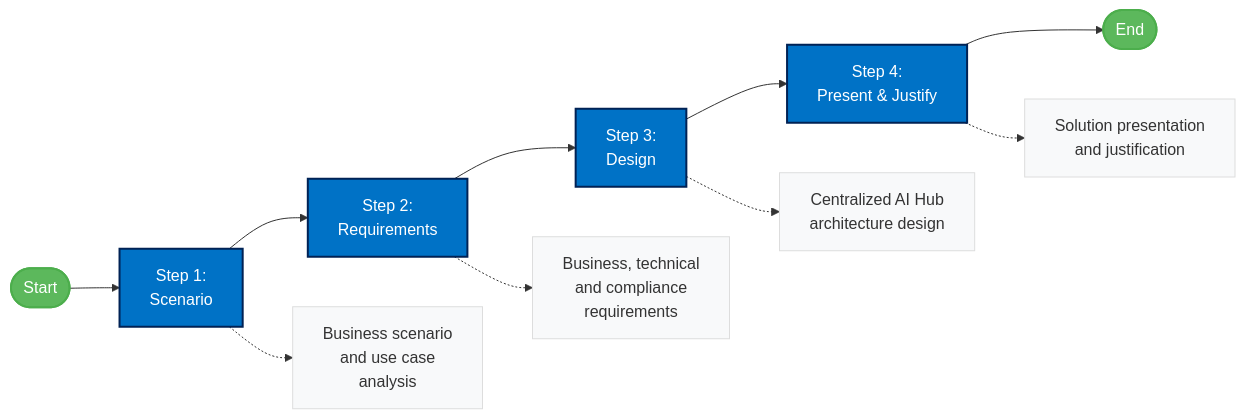
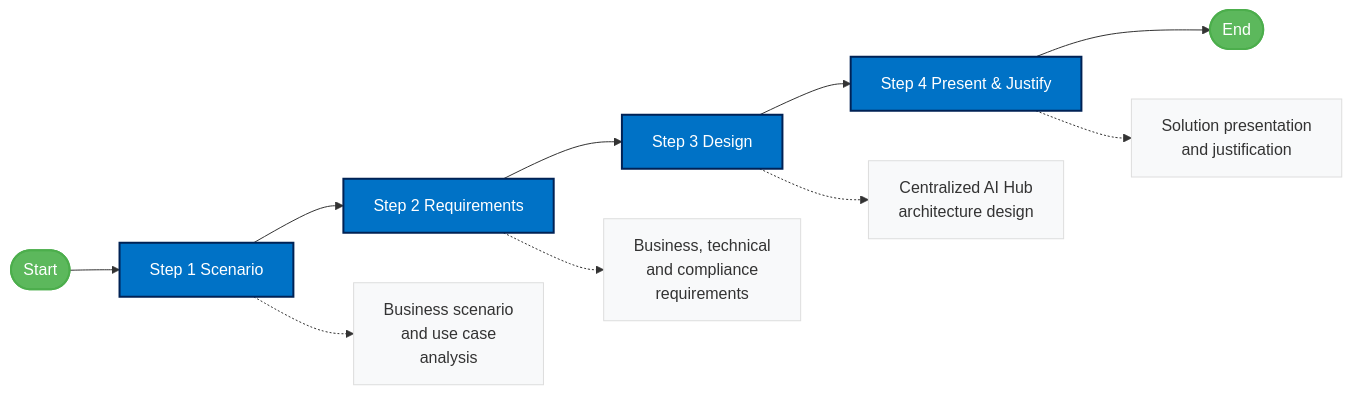
Before and after one commit to briandenicola/xlr8-e2eaisolutions: the diagram in docs/ai-hub-challenge.md, drawn with Mermaid. The commit also changed 17 other files, not shown here.

````diff
--- a/docs/ai-hub-challenge.md
+++ b/docs/ai-hub-challenge.md
@@ -29,25 +29,25 @@
 ```mermaid
 flowchart LR
     %% Define the flow of the AI Hub Challenge
     Start([Start]) --> Step1
-    Step1[Step 1:\nScenario] --> Step2[Step 2:\nRequirements]
-    Step2 --> Step3[Step 3:\nDesign]
-    Step3 --> Step4[Step 4:\nPresent & Justify]
+    Step1[Step 1 Scenario] --> Step2[Step 2 Requirements]
+    Step2 --> Step3[Step 3 Design]
+    Step3 --> Step4[Step 4 Present & Justify]
     Step4 --> End([End])
     
     %% Add descriptions
     classDef step fill:#0072C6,stroke:#025,color:white,stroke-width:2px
     classDef endpoint fill:#5CB85C,stroke:#4CAE4C,color:white,stroke-width:2px
     
     class Step1,Step2,Step3,Step4 step
     class Start,End endpoint
     
     %% Add annotations
     Step1 -.-> Ann1[Business scenario\nand use case\nanalysis]
     Step2 -.-> Ann2[Business, technical\nand compliance\nrequirements]
     Step3 -.-> Ann3[Centralized AI Hub\narchitecture design]
     Step4 -.-> Ann4[Solution presentation\nand justification]
     
     classDef annotation fill:#F8F9FA,stroke:#DDD,color:#333
     class Ann1,Ann2,Ann3,Ann4 annotation
 ```
````
